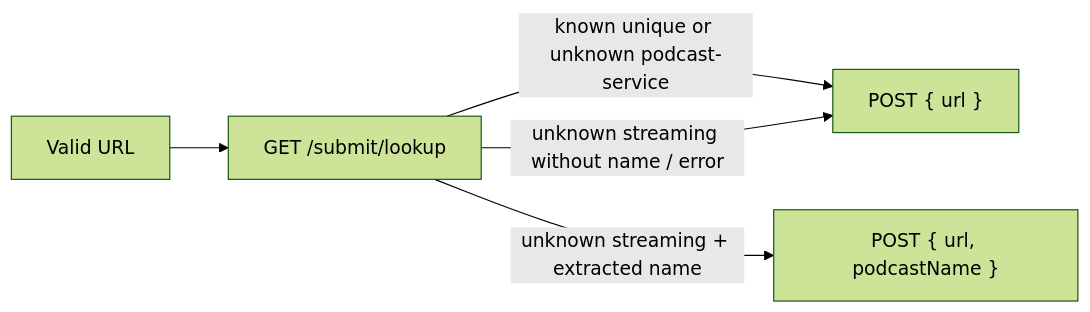
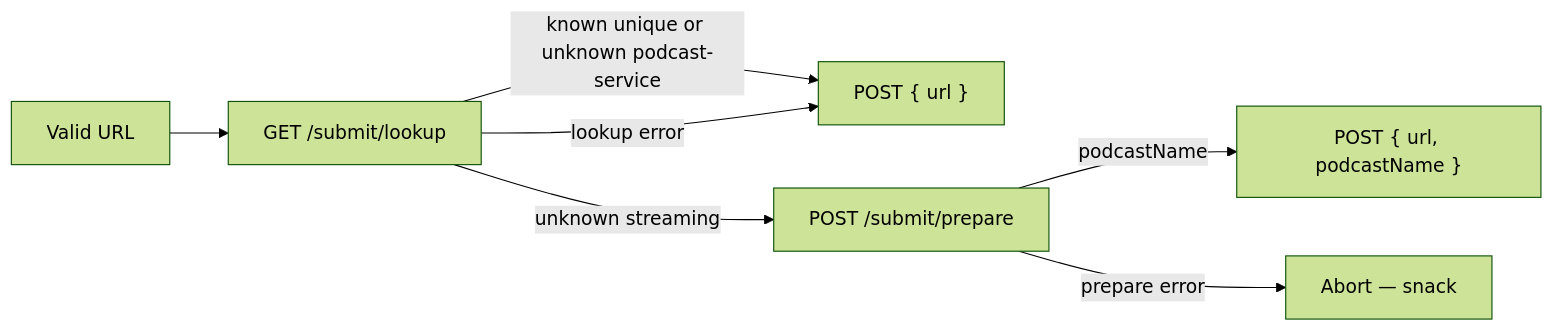
One commit to cultpodcasts/website changed the third of 9 diagrams in cultpodcasts/docs/submit-url-flows.md. Above: the diagram before and after it, drawn with Mermaid (forest theme). The commit also changed other lines of this file and 14 other files, not shown here.

First line of the commit message:
Call submit/prepare for unknown streaming URLs (1.11.13) (#490)

````diff
--- a/cultpodcasts/docs/submit-url-flows.md
+++ b/cultpodcasts/docs/submit-url-flows.md
@@ -94,7 +95,9 @@
 ```mermaid
 flowchart LR
   U[Valid URL] --> L[GET /submit/lookup]
   L -->|known unique or unknown podcast-service| S["POST { url }"]
-  L -->|unknown streaming + extracted name| Sn["POST { url, podcastName }"]
-  L -->|unknown streaming without name / error| S
+  L -->|unknown streaming| P[POST /submit/prepare]
+  P -->|podcastName| Sn["POST { url, podcastName }"]
+  P -->|prepare error| X[Abort — snack]
+  L -->|lookup error| S
 ```
````
